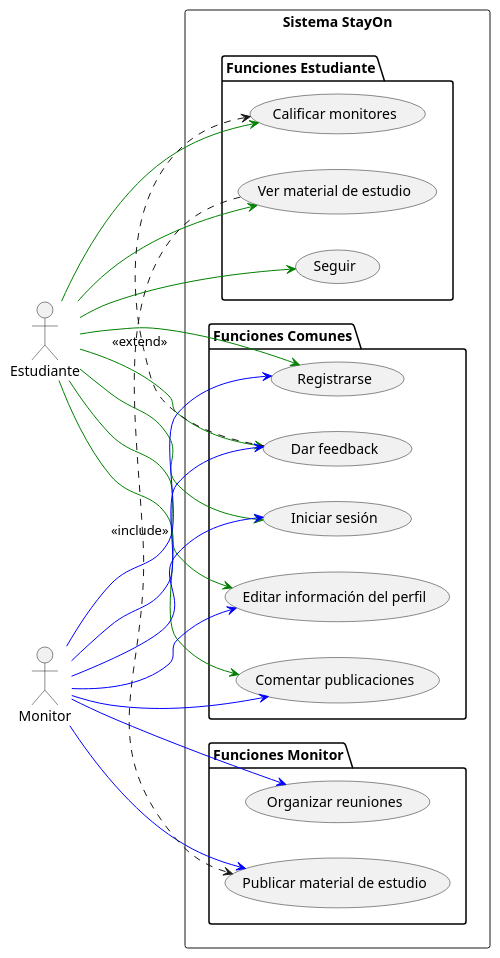
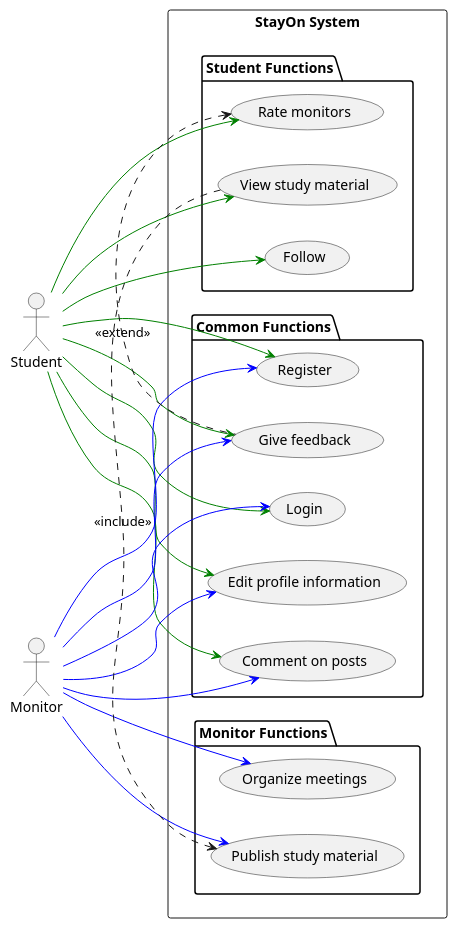
One commit to icb557/StayOn changed the diagram in Diags/diagCU.puml. Above: the diagram before and after it, drawn with PlantUML. The commit also changed 6 other files, not shown here.

```diff
--- a/Diags/diagCU.puml
+++ b/Diags/diagCU.puml
@@ -1,62 +1,62 @@
-@startuml Diagrama de Casos de Uso - StayOn
+@startuml StayOn_Use_Case_Diagram
 
 left to right direction
 
-actor Estudiante
+actor Student
 actor Monitor
 
-rectangle "Sistema StayOn" {
+rectangle "StayOn System" {
 
-  ' Grupo de funciones comunes
-  package "Funciones Comunes" {
-    usecase "Iniciar sesión" as UC1
-    usecase "Registrarse" as UC2
-    usecase "Editar información del perfil" as UC3
-    usecase "Comentar publicaciones" as UC4
-    usecase "Dar feedback" as UC5
+  ' Common Function Group
+  package "Common Functions" {
+    usecase "Login" as UC1
+    usecase "Register" as UC2
+    usecase "Edit profile information" as UC3
+    usecase "Comment on posts" as UC4
+    usecase "Give feedback" as UC5
   }
 
-  ' Funciones específicas del Monitor
-  package "Funciones Monitor" {
-    usecase "Publicar material de estudio" as UC6
-    usecase "Organizar reuniones" as UC7
+  ' Monitor-Specific Functions
+  package "Monitor Functions" {
+    usecase "Publish study material" as UC6
+    usecase "Organize meetings" as UC7
   }
 
-  ' Funciones específicas del Estudiante
-  package "Funciones Estudiante" {
-    usecase "Seguir" as UC8
-    usecase "Calificar monitores" as UC9
-    usecase "Ver material de estudio" as UC10
+  ' Student-Specific Functions
+  package "Student Functions" {
+    usecase "Follow" as UC8
+    usecase "Rate monitors" as UC9
+    usecase "View study material" as UC10
   }
 }
 
-' Relación Estudiante
+' Student Relationships
 together {
-    Estudiante -[#green]-> UC1
-    Estudiante -[#green]-> UC2
-    Estudiante -[#green]-> UC3
-    Estudiante -[#green]-> UC4
-    Estudiante -[#green]-> UC5
-    Estudiante -[#green]-> UC8
-    Estudiante -[#green]-> UC9
-    Estudiante -[#green]-> UC10
+    Student -[#green]-> UC1
+    Student -[#green]-> UC2
+    Student -[#green]-> UC3
+    Student -[#green]-> UC4
+    Student -[#green]-> UC5
+    Student -[#green]-> UC8
+    Student -[#green]-> UC9
+    Student -[#green]-> UC10
 }
 
 
-' Relación Monitor
+' Monitor Relationships
 together {
     Monitor -[#blue]-> UC1
     Monitor -[#blue]-> UC2
     Monitor -[#blue]-> UC3
     Monitor -[#blue]-> UC4
     Monitor -[#blue]-> UC5
     Monitor -[#blue]-> UC6
     Monitor -[#blue]-> UC7
 }
 
 
-' Relaciones includes y extends
+' Includes and Extends relationships
 UC9 <. UC5 : <<extend>>
 UC10 .> UC6 : <<include>>
 
 @enduml
```
